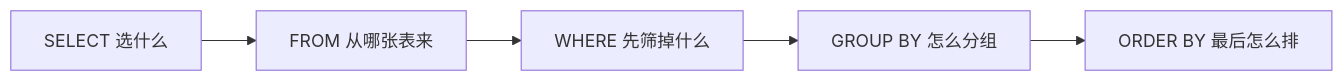
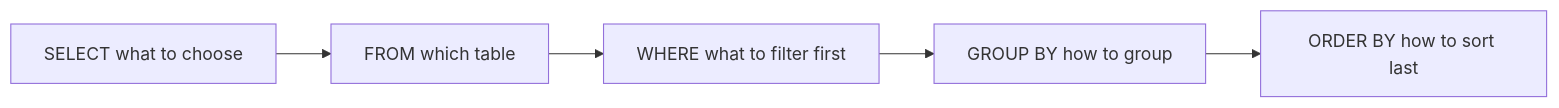
Before and after one commit to oudbiao/AI-fullstack-course: the first of 4 diagrams in docs/ch03-data-analysis/ch05-database/02-sql-basics.md, drawn with Mermaid. The commit also changed other lines of this file and 1406 other files, not shown here.

````diff
--- a/docs/ch03-data-analysis/ch05-database/02-sql-basics.md
+++ b/docs/ch03-data-analysis/ch05-database/02-sql-basics.md
@@ -36,7 +36,7 @@
 ```mermaid
 flowchart LR
-    A["SELECT 选什么"] --> B["FROM 从哪张表来"]
-    B --> C["WHERE 先筛掉什么"]
-    C --> D["GROUP BY 怎么分组"]
-    D --> E["ORDER BY 最后怎么排"]
+    A["SELECT what to choose"] --> B["FROM which table"]
+    B --> C["WHERE what to filter first"]
+    C --> D["GROUP BY how to group"]
+    D --> E["ORDER BY how to sort last"]
 ```
````
